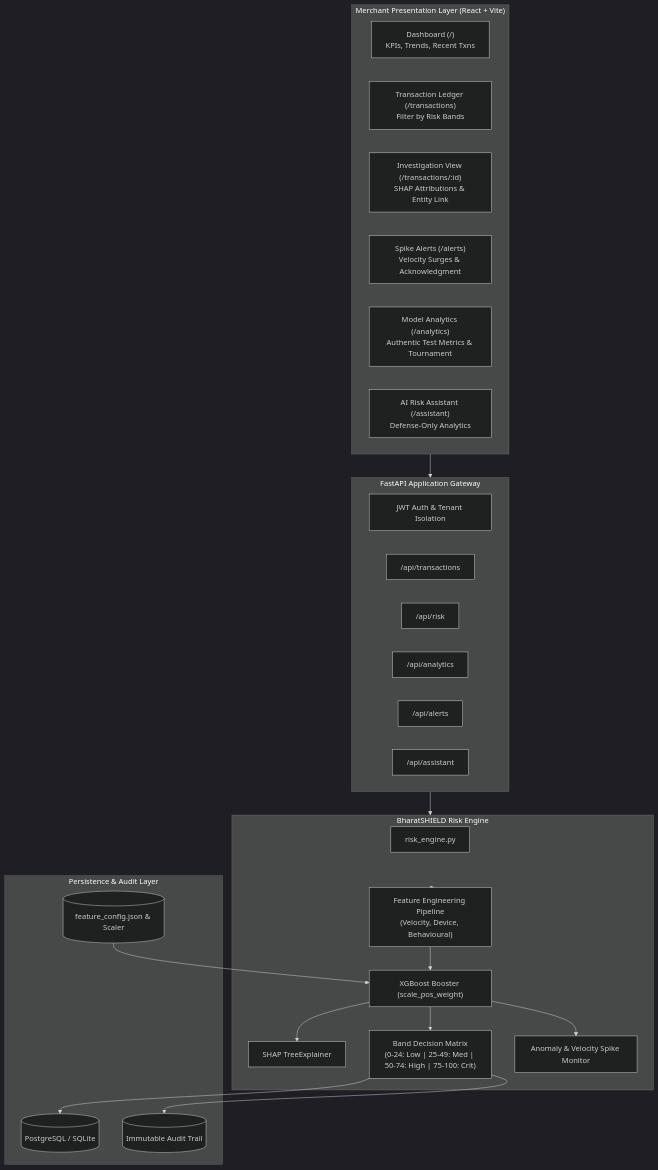
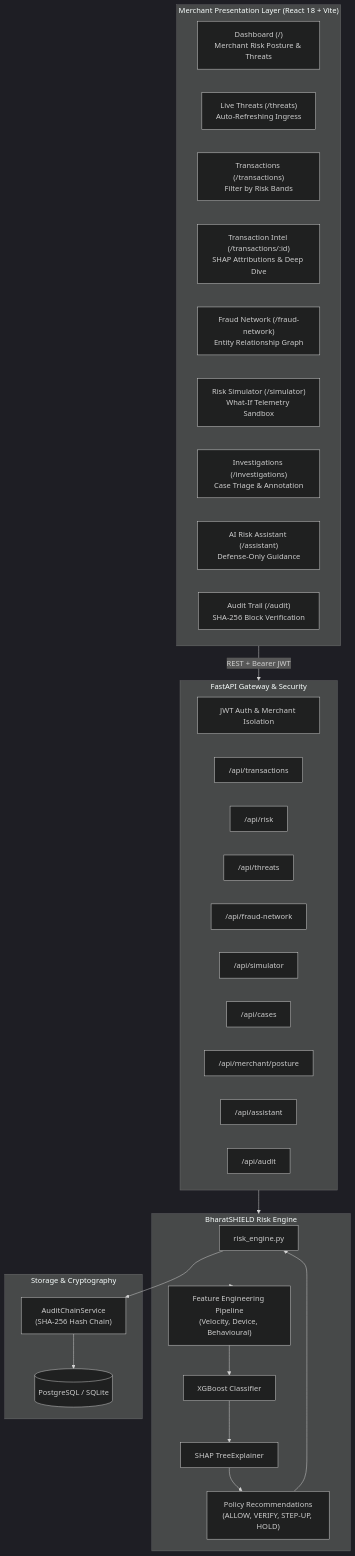
The diagram in README.md (balaji0307-om/BharatSHIELD-Risk-Intelligence), drawn with Mermaid (dark theme) before and after one commit. The commit also changed other lines of this file and 32 other files, not shown here.

````diff
--- a/README.md
+++ b/README.md
@@ -35,46 +49,46 @@
 ```mermaid
 flowchart TB
-    subgraph MerchantLayer["Merchant Presentation Layer (React + Vite)"]
-        Dashboard["Dashboard (/)\nKPIs, Trends, Recent Txns"]
-        Ledger["Transaction Ledger (/transactions)\nFilter by Risk Bands"]
-        Detail["Investigation View (/transactions/:id)\nSHAP Attributions & Entity Link"]
-        AlertsUI["Spike Alerts (/alerts)\nVelocity Surges & Acknowledgment"]
-        AnalyticsUI["Model Analytics (/analytics)\nAuthentic Test Metrics & Tournament"]
-        AssistantUI["AI Risk Assistant (/assistant)\nDefense-Only Analytics"]
+    subgraph Frontend["Merchant Presentation Layer (React 18 + Vite)"]
+        Dashboard["Dashboard (/)\nMerchant Risk Posture & Threats"]
+        Threats["Live Threats (/threats)\nAuto-Refreshing Ingress"]
+        Ledger["Transactions (/transactions)\nFilter by Risk Bands"]
+        Detail["Transaction Intel (/transactions/:id)\nSHAP Attributions & Deep Dive"]
+        Network["Fraud Network (/fraud-network)\nEntity Relationship Graph"]
+        Simulator["Risk Simulator (/simulator)\nWhat-If Telemetry Sandbox"]
+        Cases["Investigations (/investigations)\nCase Triage & Annotation"]
+        AssistantUI["AI Risk Assistant (/assistant)\nDefense-Only Guidance"]
+        AuditUI["Audit Trail (/audit)\nSHA-256 Block Verification"]
     end
 
-    subgraph Gateway["FastAPI Application Gateway"]
-        AuthMid["JWT Auth & Tenant Isolation"]
+    subgraph Gateway["FastAPI Gateway & Security"]
+        AuthMid["JWT Auth & Merchant Isolation"]
         RouterTxn["/api/transactions"]
         RouterRisk["/api/risk"]
-        RouterAnalytics["/api/analytics"]
-        RouterAlerts["/api/alerts"]
+        RouterThreats["/api/threats"]
+        RouterNetwork["/api/fraud-network"]
+        RouterSim["/api/simulator"]
+        RouterCases["/api/cases"]
+        RouterPosture["/api/merchant/posture"]
         RouterAssistant["/api/assistant"]
+        RouterAudit["/api/audit"]
     end
 
     subgraph CoreEngine["BharatSHIELD Risk Engine"]
         Engine["risk_engine.py"]
-        FeatureExtractor["Feature Engineering Pipeline\n(Velocity, Device, Behavioural)"]
-        Model["XGBoost Booster (scale_pos_weight)"]
+        FeaturePipe["Feature Engineering Pipeline\n(Velocity, Device, Behavioural)"]
+        MLModel["XGBoost Classifier"]
         SHAP["SHAP TreeExplainer"]
-        Rules["Band Decision Matrix\n(0-24: Low | 25-49: Med | 50-74: High | 75-100: Crit)"]
-        Anomaly["Anomaly & Velocity Spike Monitor"]
+        Rules["Policy Recommendations\n(ALLOW, VERIFY, STEP-UP, HOLD)"]
     end
 
-    subgraph Persistence["Persistence & Audit Layer"]
+    subgraph Persistence["Storage & Cryptography"]
         DB[(PostgreSQL / SQLite)]
-        AuditLog[(Immutable Audit Trail)]
-        ModelRegistry[(feature_config.json & Scaler)]
+        AuditChain["AuditChainService\n(SHA-256 Hash Chain)"]
     end
 
-    MerchantLayer --> Gateway
+    Frontend -->|REST + Bearer JWT| Gateway
     Gateway --> CoreEngine
-    CoreEngine --> FeatureExtractor
-    FeatureExtractor --> Model
-    Model --> SHAP
-    Model --> Rules
-    Model --> Anomaly
-    Rules --> DB
-    Rules --> AuditLog
-    ModelRegistry --> Model
+    CoreEngine --> FeaturePipe --> MLModel --> SHAP --> Rules
+    Rules --> Engine
+    Engine --> AuditChain --> DB
 ```
````
